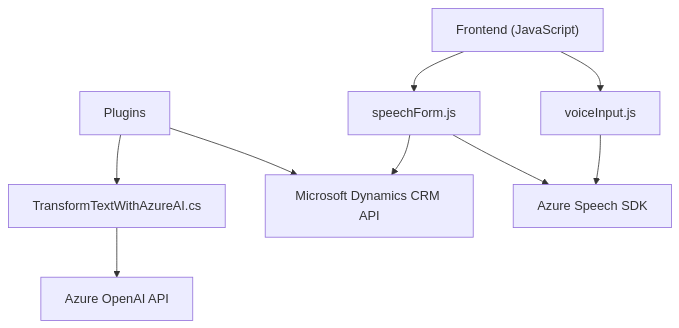
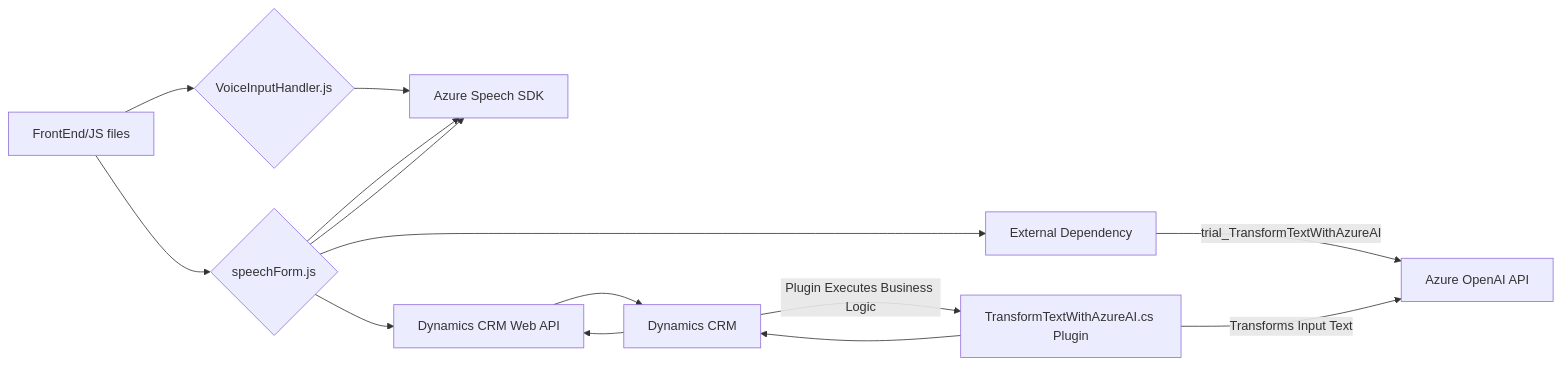
One commit to blopezdm/NETCORE_BILBAO2025 changed the diagram in README.md. Above: the diagram before and after it, drawn with Mermaid. The commit also changed other lines of this file, not shown here.

````diff
--- a/README.md
+++ b/README.md
@@ -42,20 +43,24 @@
 ```mermaid
-graph TD
-    A["Frontend (JavaScript)"]
-    B["voiceInput.js"]
-    C["speechForm.js"]
-    D["Plugins"]
-    E["TransformTextWithAzureAI.cs"]
-    F["Microsoft Dynamics CRM API"]
-    G["Azure Speech SDK"]
-    H["Azure OpenAI API"]
-    
-    A --> B
-    A --> C
-    B --> G
-    C --> F
-    C --> G
-    D --> F
-    D --> E
-    E --> H
+graph LR
+A["FrontEnd/JS files"]
+B{"VoiceInputHandler.js"}
+C{"speechForm.js"}
+D["Dynamics CRM"]
+E["TransformTextWithAzureAI.cs Plugin"]
+F["Azure Speech SDK"]
+G["Azure OpenAI API"]
+H["Dynamics CRM Web API"]
+I["External Dependency"]
+
+A --> B
+A --> C
+B --> F
+C --> F
+C --> F
+C --> H
+C --> I -- "trial_TransformTextWithAzureAI" --> G
+H --> D
+E --> D -- "Plugin Executes Business Logic" -->
+E -- "Transforms Input Text" --> G
+D --> H
 ```
````
